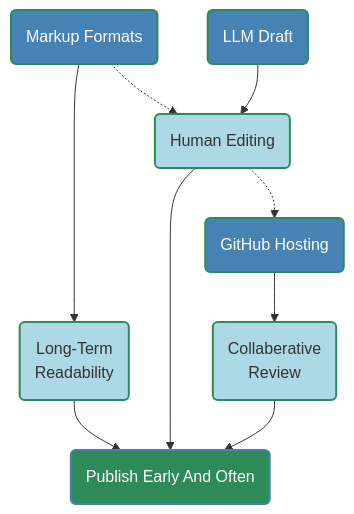
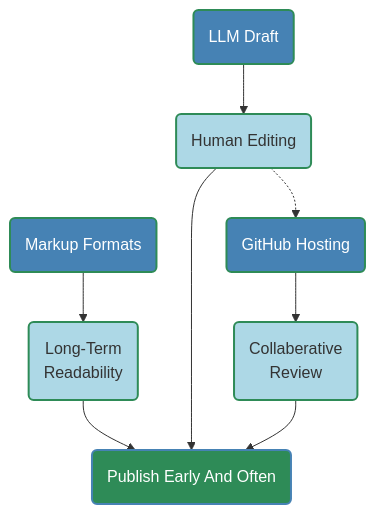
One commit to buckeye43210/markdown-to-snowkb changed the sixth of 12 diagrams in README.md. Above: the diagram before and after it, drawn with Mermaid.

````diff
--- a/README.md
+++ b/README.md
@@ -354,26 +354,25 @@
 ```mermaid
 graph TD
     A(Markup Formats)
     B(Long-Term<br> Readability)
     C(LLM Draft)
     D(Human Editing)
     E(GitHub Hosting)
     F(Collaberative<br> Review)
     G(Publish Early And Often)
     A  --> B
     C  --> D
     E  --> F
     B  --> G
     D  --> G
     F  --> G
-    A -.-> D
     D -.-> E
 
     style A fill:#4682B4,stroke:#2E8B57,stroke-width:2px,color:#FFFFFF
     style B fill:#ADD8E6,stroke:#2E8B57,stroke-width:2px
     style C fill:#4682B4,stroke:#2E8B57,stroke-width:2px,color:#FFFFFF
     style D fill:#ADD8E6,stroke:#2E8B57,stroke-width:2px
     style E fill:#4682B4,stroke:#2E8B57,stroke-width:2px,color:#FFFFFF
     style F fill:#ADD8E6,stroke:#2E8B57,stroke-width:2px
     style G fill:#2E8B57,stroke:#4682B4,stroke-width:2px,color:#FFFFFF
 ```
````
